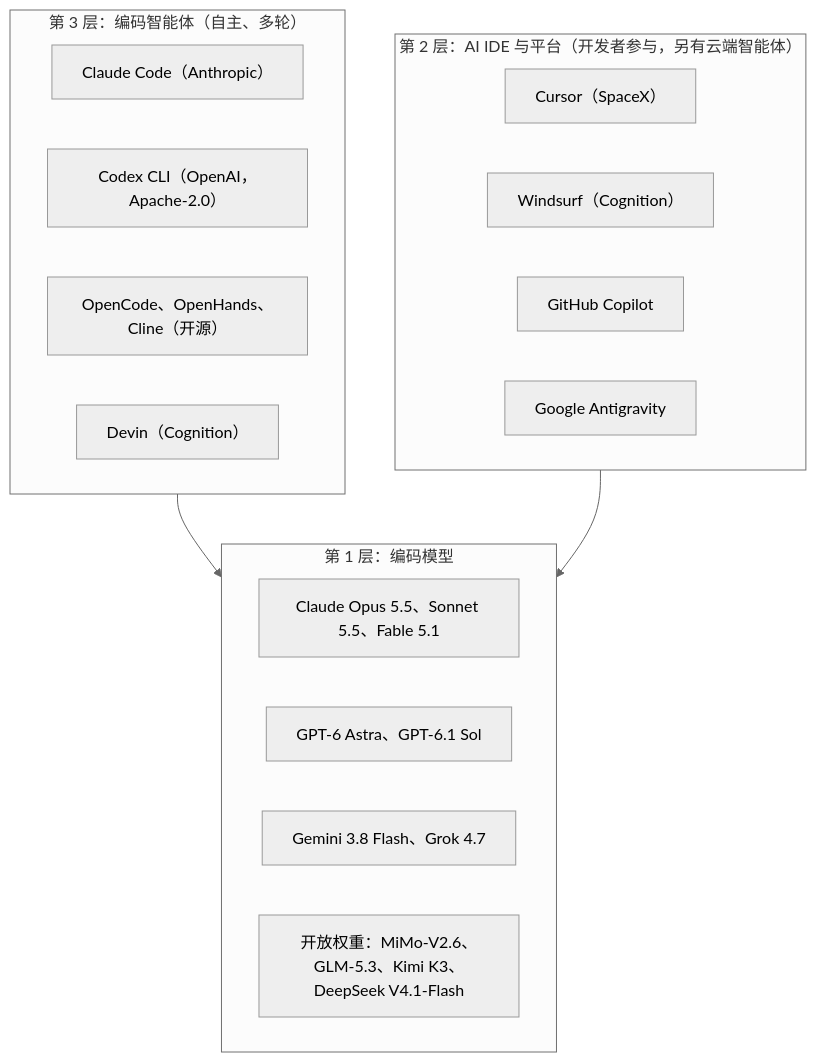
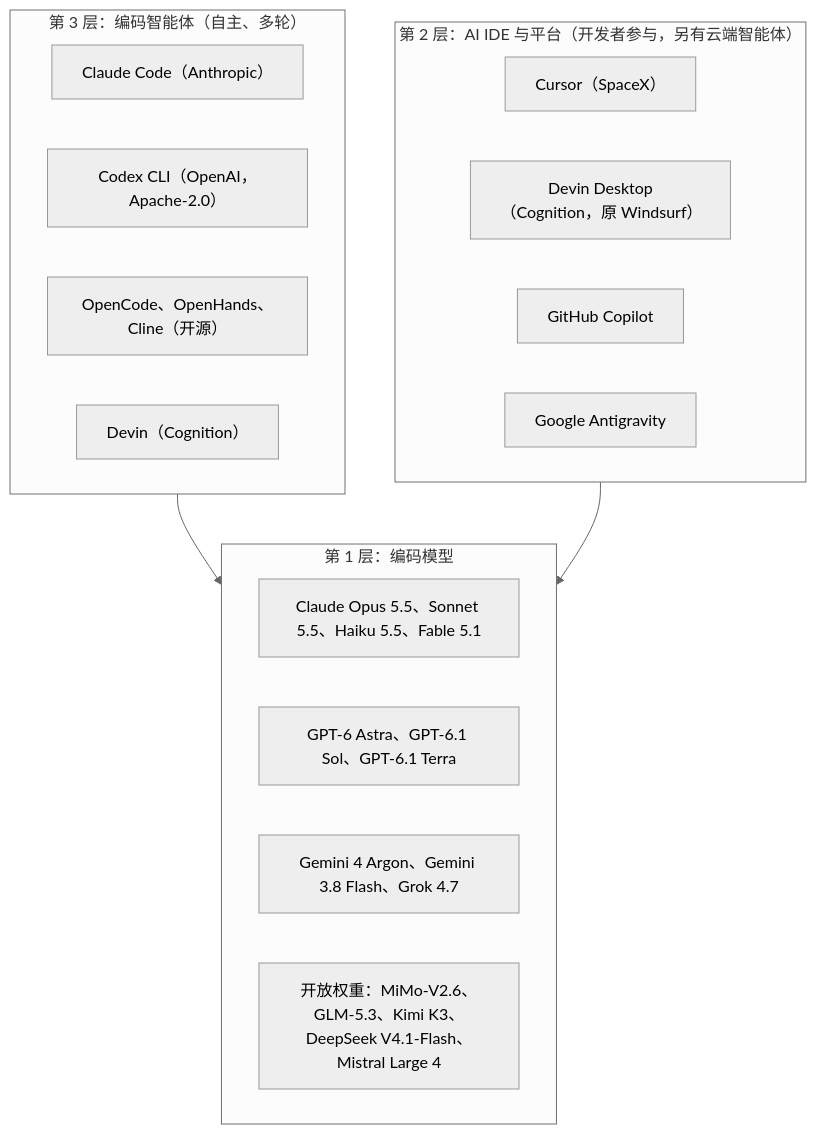
Before and after one commit to ChiHoc/ai-system-design-guide-zh: the diagram in 09-frameworks-and-tools/10-opencoderguide.md, drawn with Mermaid (neutral theme). The commit also changed other lines of this file and 112 other files, not shown here.

````diff
--- a/09-frameworks-and-tools/10-opencoderguide.md
+++ b/09-frameworks-and-tools/10-opencoderguide.md
@@ -24,23 +24,23 @@
 ```mermaid
 flowchart TB
     subgraph L3["第 3 层：编码智能体（自主、多轮）"]
         A1["Claude Code（Anthropic）"]
         A2["Codex CLI（OpenAI，Apache-2.0）"]
         A3["OpenCode、OpenHands、Cline（开源）"]
         A4["Devin（Cognition）"]
     end
     subgraph L2["第 2 层：AI IDE 与平台（开发者参与，另有云端智能体）"]
         B1["Cursor（SpaceX）"]
-        B2["Windsurf（Cognition）"]
+        B2["Devin Desktop（Cognition，原 Windsurf）"]
         B3["GitHub Copilot"]
         B4["Google Antigravity"]
     end
     subgraph L1["第 1 层：编码模型"]
-        C1["Claude Opus 5.5、Sonnet 5.5、Fable 5.1"]
-        C2["GPT-6 Astra、GPT-6.1 Sol"]
-        C3["Gemini 3.8 Flash、Grok 4.7"]
-        C4["开放权重：MiMo-V2.6、GLM-5.3、Kimi K3、DeepSeek V4.1-Flash"]
+        C1["Claude Opus 5.5、Sonnet 5.5、Haiku 5.5、Fable 5.1"]
+        C2["GPT-6 Astra、GPT-6.1 Sol、GPT-6.1 Terra"]
+        C3["Gemini 4 Argon、Gemini 3.8 Flash、Grok 4.7"]
+        C4["开放权重：MiMo-V2.6、GLM-5.3、Kimi K3、DeepSeek V4.1-Flash、Mistral Large 4"]
     end
     L3 --> L1
     L2 --> L1
 ```
````
